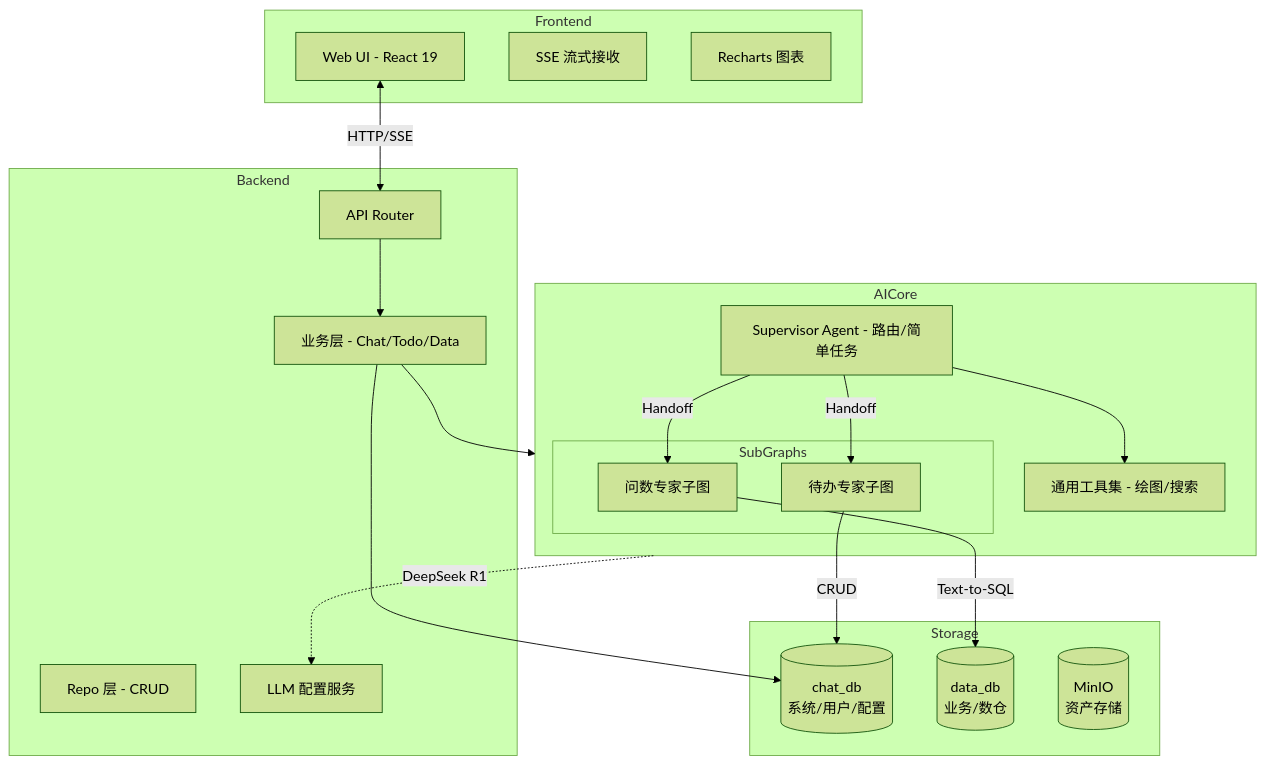
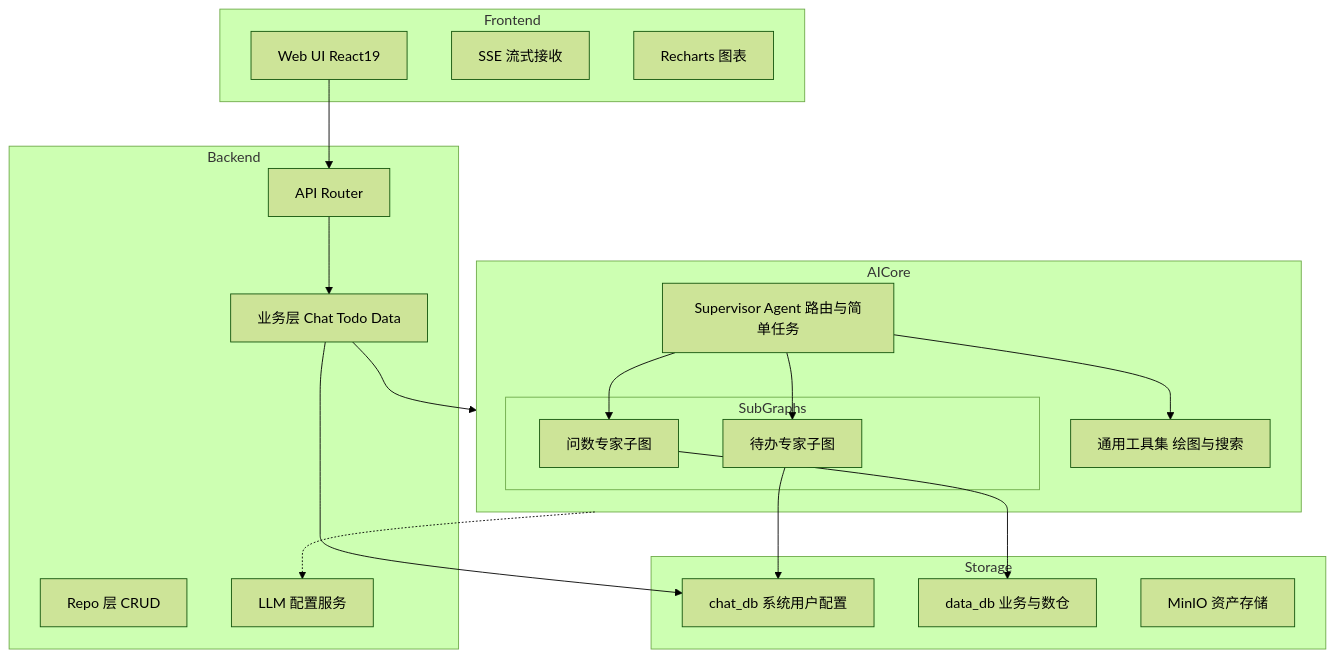
The first of 2 diagrams in docs/开发文档/架构设计/系统总览.md (jijingkun-commits/fastapi), drawn with Mermaid (forest theme) before and after one commit.

Commit message:
文档修复 (vibe-kanban e04638c8)
![image.png](.vibe-images/b90b28d3-00b0-445c-9d46-456890ff1df1_image.png)

/Users/jijingkun/bojxAI/fastapi/docs/开发文档/架构设计/系统总览.md

这份文档的流程图都是失效的。

````diff
--- a/docs/开发文档/架构设计/系统总览.md
+++ b/docs/开发文档/架构设计/系统总览.md
@@ -42,46 +42,46 @@
 ```mermaid
 graph TB
     subgraph Frontend
-        Web["Web UI - React 19"]
-        SSE["SSE 流式接收"]
-        Charts["Recharts 图表"]
+        Web[Web UI React19]
+        SSE[SSE 流式接收]
+        Charts[Recharts 图表]
     end
 
     subgraph Backend
-        API["API Router"]
-        Service["业务层 - Chat/Todo/Data"]
-        Repo["Repo 层 - CRUD"]
-        LLMConfig["LLM 配置服务"]
+        API[API Router]
+        Service[业务层 Chat Todo Data]
+        Repo[Repo 层 CRUD]
+        LLMConfig[LLM 配置服务]
     end
 
     subgraph AICore
-        Supervisor["Supervisor Agent - 路由/简单任务"]
-        
+        Supervisor[Supervisor Agent 路由与简单任务]
+
         subgraph SubGraphs
-            DataGraph["问数专家子图"]
-            TodoGraph["待办专家子图"]
+            DataGraph[问数专家子图]
+            TodoGraph[待办专家子图]
         end
-        
-        Tools["通用工具集 - 绘图/搜索"]
+
+        Tools[通用工具集 绘图与搜索]
     end
 
     subgraph Storage
-        ChatDB[("chat_db<br/>系统/用户/配置")]
-        DataDB[("data_db<br/>业务/数仓")]
-        MinIO[("MinIO<br/>资产存储")]
+        ChatDB[chat_db 系统用户配置]
+        DataDB[data_db 业务与数仓]
+        MinIO[MinIO 资产存储]
     end
 
-    Web <--> |HTTP/SSE| API
+    Web --> API
     API --> Service
     Service --> AICore
-    
-    Supervisor --> |Handoff| DataGraph
-    Supervisor --> |Handoff| TodoGraph
+
+    Supervisor --> DataGraph
+    Supervisor --> TodoGraph
     Supervisor --> Tools
-    
-    DataGraph --> |Text-to-SQL| DataDB
-    TodoGraph --> |CRUD| ChatDB
-    
+
+    DataGraph --> DataDB
+    TodoGraph --> ChatDB
+
     Service --> ChatDB
-    AICore -.-> |DeepSeek R1| LLMConfig
+    AICore -.-> LLMConfig
 ```
````
